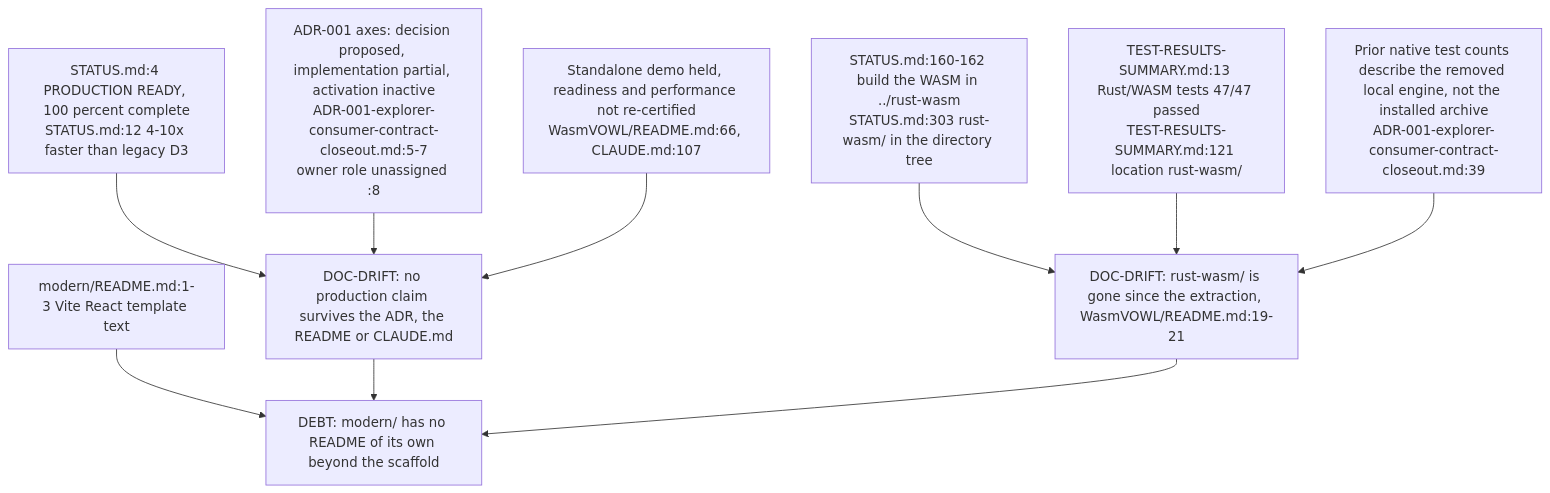
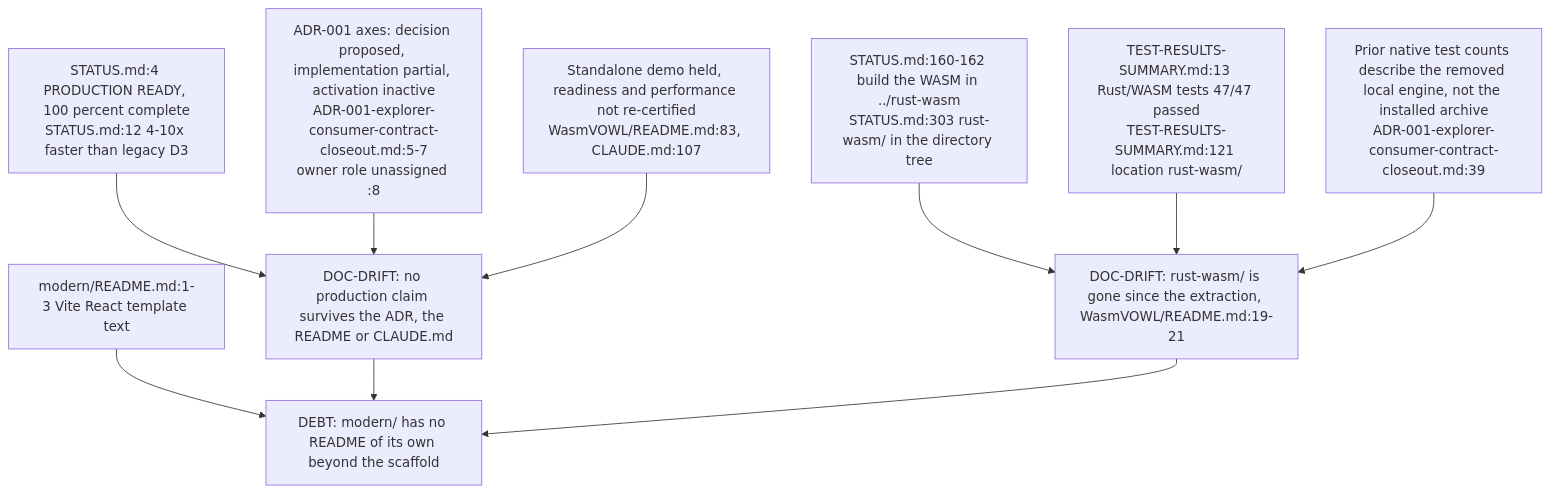
Before and after one commit to DreamLab-AI/VisionFlow: the third of 3 diagrams in docs/diagrams/wasmvowl/01-repository-anatomy-and-status.md, drawn with Mermaid. The commit also changed other lines of this file and 4 other files, not shown here.

First line of the commit message:
docs(diagrams): wasmvowl re-verified at WasmVOWL 2bb54b3 (NggExplorer layout, camera, CI)

````diff
--- a/docs/diagrams/wasmvowl/01-repository-anatomy-and-status.md
+++ b/docs/diagrams/wasmvowl/01-repository-anatomy-and-status.md
@@ -76,19 +76,19 @@
 ```mermaid
 flowchart TB
     S1["STATUS.md:4 PRODUCTION READY, 100 percent complete<br/>STATUS.md:12 4-10x faster than legacy D3"]
     S2["STATUS.md:160-162 build the WASM in ../rust-wasm<br/>STATUS.md:303 rust-wasm/ in the directory tree"]
     S3["TEST-RESULTS-SUMMARY.md:13 Rust/WASM tests 47/47 passed<br/>TEST-RESULTS-SUMMARY.md:121 location rust-wasm/"]
     S4["modern/README.md:1-3 Vite React template text"]
     A1["ADR-001 axes: decision proposed, implementation partial, activation inactive<br/>ADR-001-explorer-consumer-contract-closeout.md:5-7<br/>owner role unassigned :8"]
     A2["Prior native test counts describe the removed local engine, not the installed archive<br/>ADR-001-explorer-consumer-contract-closeout.md:39"]
-    A3["Standalone demo held, readiness and performance not re-certified<br/>WasmVOWL/README.md:66, CLAUDE.md:107"]
+    A3["Standalone demo held, readiness and performance not re-certified<br/>WasmVOWL/README.md:83, CLAUDE.md:107"]
     S1 --> D1["DOC-DRIFT: no production claim survives the ADR, the README or CLAUDE.md"]
     A1 --> D1
     A3 --> D1
     S2 --> D2["DOC-DRIFT: rust-wasm/ is gone since the extraction, WasmVOWL/README.md:19-21"]
     S3 --> D2
     A2 --> D2
     S4 --> D3["DEBT: modern/ has no README of its own beyond the scaffold"]
     D1 --> D3
     D2 --> D3
 ```
````
